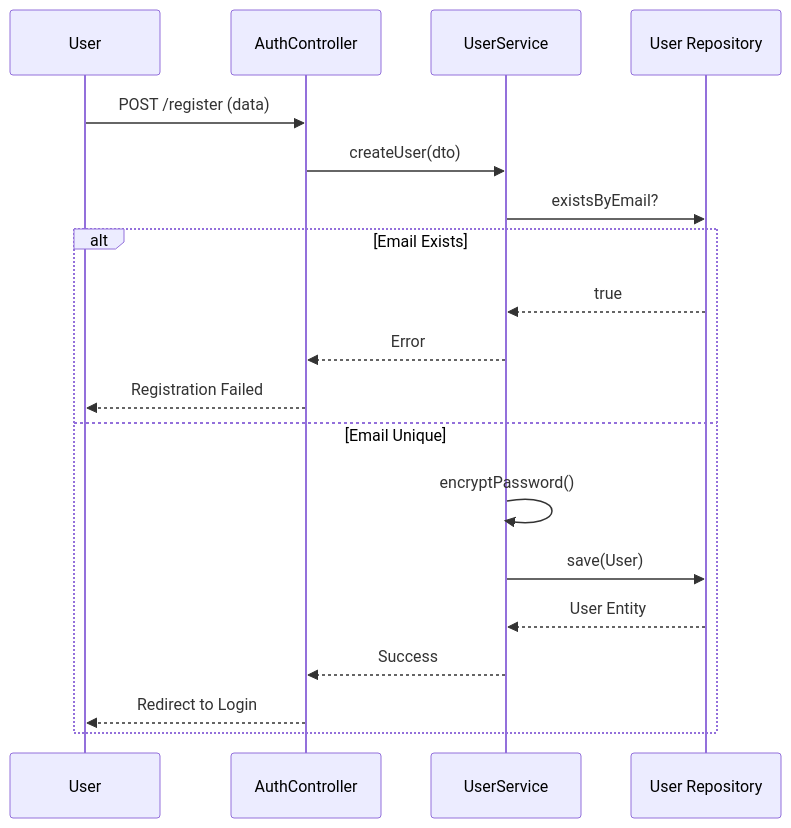
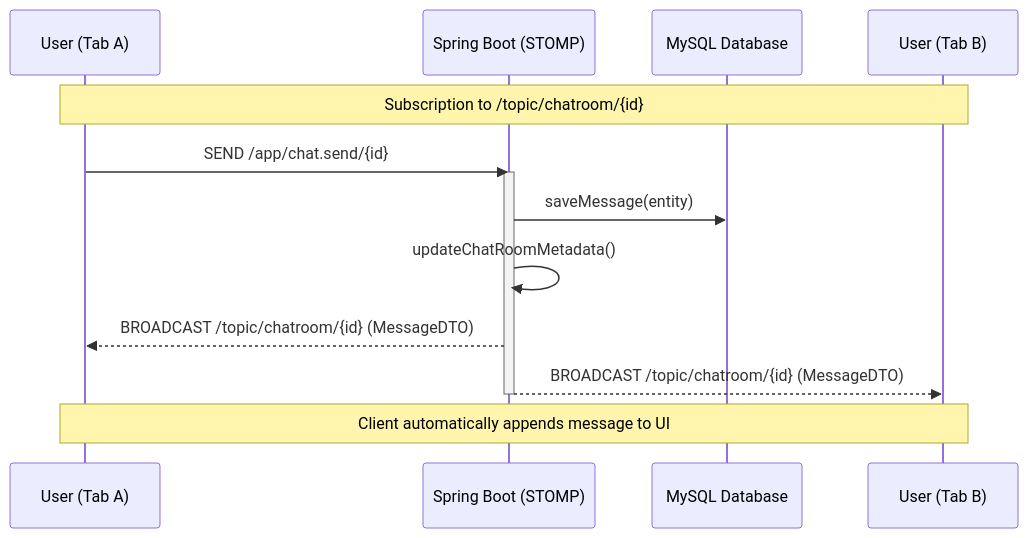
The second of 5 diagrams in docs/technical_documentation.md (Rebbouh-Mohamed/Marketplace-App), drawn with Mermaid before and after one commit. The commit also changed other lines of this file and 8 other files, not shown here.

````diff
--- a/docs/technical_documentation.md
+++ b/docs/technical_documentation.md
@@ -69,22 +67,19 @@
 ```mermaid
 sequenceDiagram
-    participant User
-    participant Controller as AuthController
-    participant Service as UserService
-    participant DB as User Repository
+    participant Buyer as User (Tab A)
+    participant Server as Spring Boot (STOMP)
+    participant DB as MySQL Database
+    participant Seller as User (Tab B)
+
+    Note over Buyer, Seller: Subscription to /topic/chatroom/{id}
     
-    User->>Controller: POST /register (data)
-    Controller->>Service: createUser(dto)
-    Service->>DB: existsByEmail?
-    alt Email Exists
-        DB-->>Service: true
-        Service-->>Controller: Error
-        Controller-->>User: Registration Failed
-    else Email Unique
-        Service->>Service: encryptPassword()
-        Service->>DB: save(User)
-        DB-->>Service: User Entity
-        Service-->>Controller: Success
-        Controller-->>User: Redirect to Login
-    end
+    Buyer->>Server: SEND /app/chat.send/{id}
+    activate Server
+    Server->>DB: saveMessage(entity)
+    Server->>Server: updateChatRoomMetadata()
+    Server-->>Buyer: BROADCAST /topic/chatroom/{id} (MessageDTO)
+    Server-->>Seller: BROADCAST /topic/chatroom/{id} (MessageDTO)
+    deactivate Server
+    
+    Note over Buyer, Seller: Client automatically appends message to UI
 ```
````
